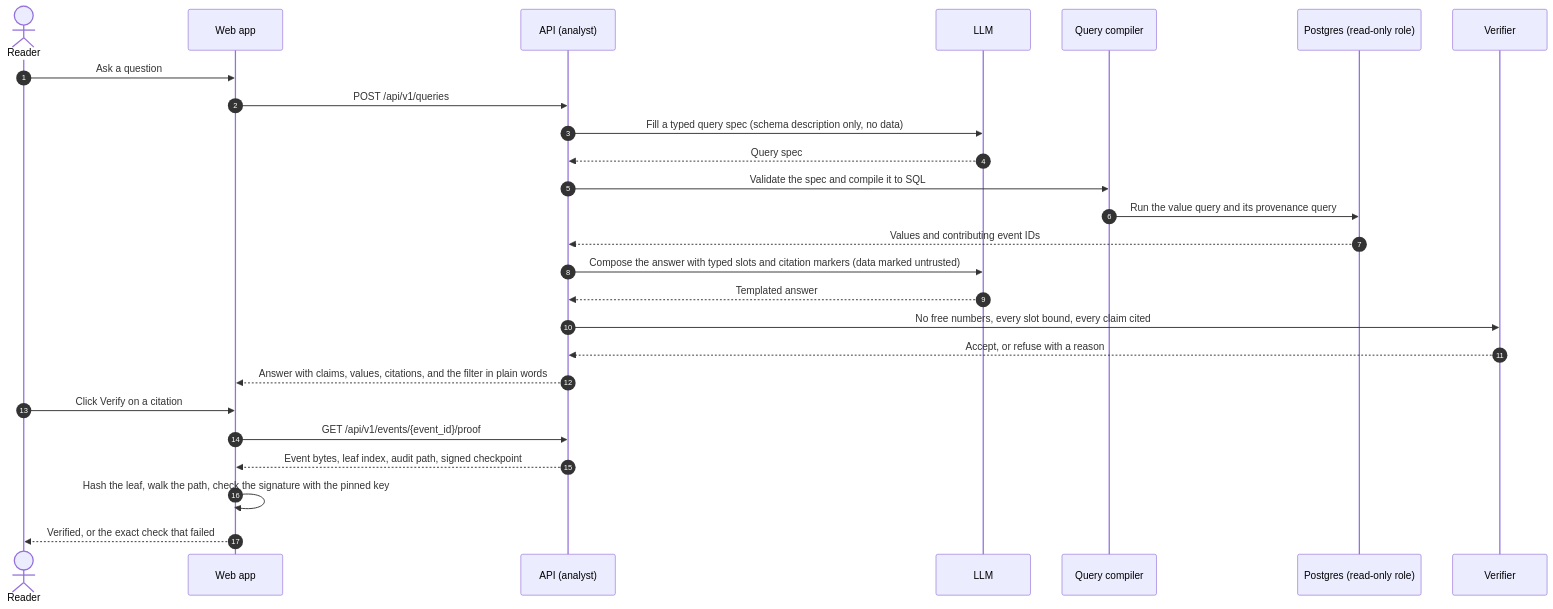
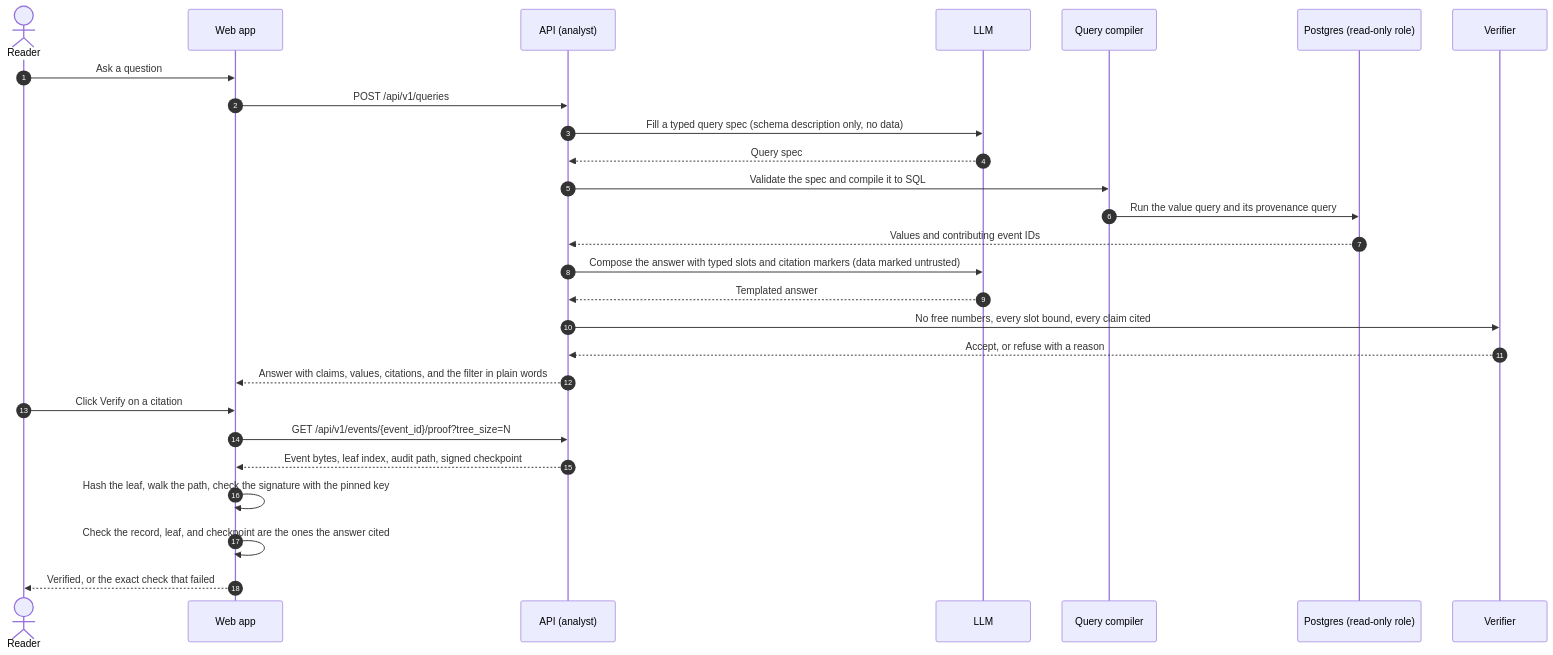
The third of 3 diagrams in docs/architecture.md (raunak-choudhary/tallyproof), drawn with Mermaid before and after one commit. The commit also changed 1 other file, not shown here.

Commit message:
docs: show the citation match in the verify flow and the busy reply
The question-to-answer diagram now shows the browser checking that the
record, leaf, and checkpoint are the ones the answer cited, and asking
for the proof at the answer's checkpoint. The query endpoint row notes
the 503 with Retry-After and that IPv6 clients count as their /64.

````diff
--- a/docs/architecture.md
+++ b/docs/architecture.md
@@ -106,28 +106,29 @@
 ```mermaid
 sequenceDiagram
 autonumber
 actor U as Reader
 participant W as Web app
 participant A as API (analyst)
 participant L as LLM
 participant C as Query compiler
 participant DB as Postgres (read-only role)
 participant V as Verifier
 U->>W: Ask a question
 W->>A: POST /api/v1/queries
 A->>L: Fill a typed query spec (schema description only, no data)
 L-->>A: Query spec
 A->>C: Validate the spec and compile it to SQL
 C->>DB: Run the value query and its provenance query
 DB-->>A: Values and contributing event IDs
 A->>L: Compose the answer with typed slots and citation markers (data marked untrusted)
 L-->>A: Templated answer
 A->>V: No free numbers, every slot bound, every claim cited
 V-->>A: Accept, or refuse with a reason
 A-->>W: Answer with claims, values, citations, and the filter in plain words
 U->>W: Click Verify on a citation
-W->>A: GET /api/v1/events/{event_id}/proof
+W->>A: GET /api/v1/events/{event_id}/proof?tree_size=N
 A-->>W: Event bytes, leaf index, audit path, signed checkpoint
 W->>W: Hash the leaf, walk the path, check the signature with the pinned key
+W->>W: Check the record, leaf, and checkpoint are the ones the answer cited
 W-->>U: Verified, or the exact check that failed
 ```
````
